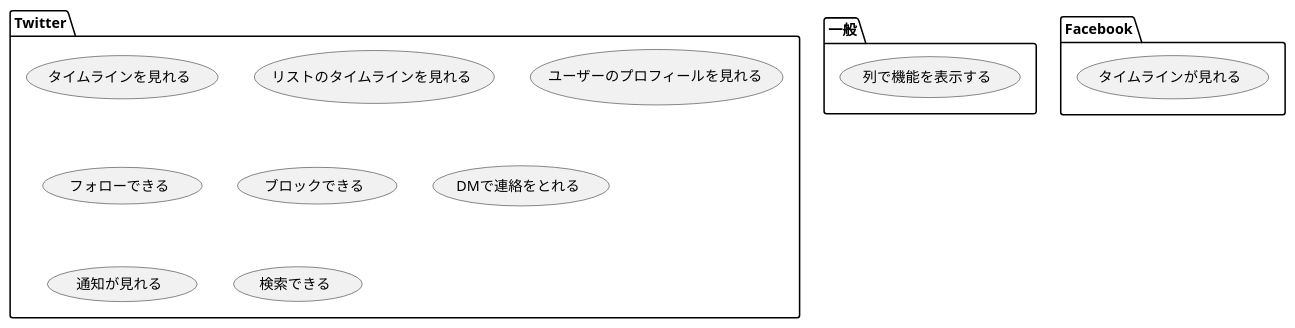
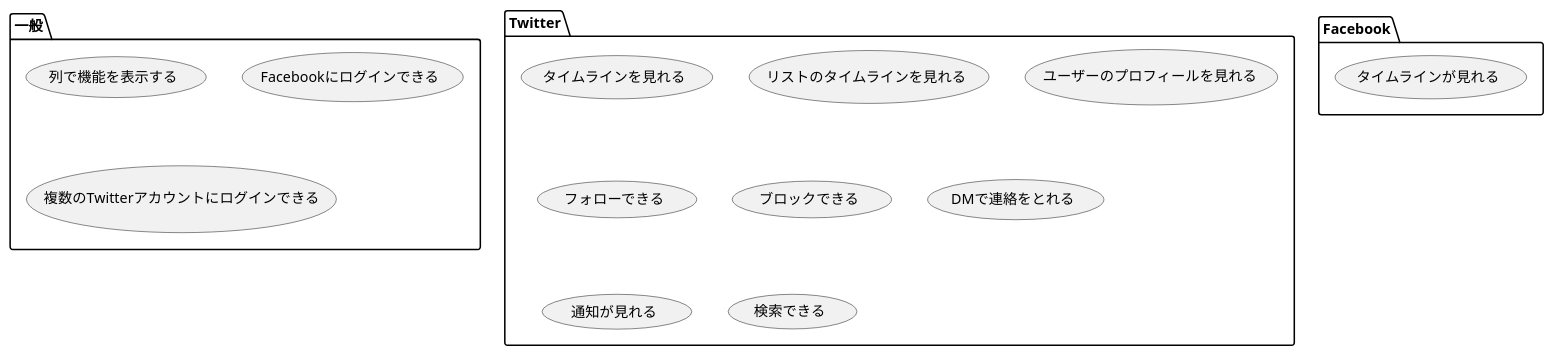
One commit to k42un0k0/k42un0k0snsdeck changed the diagram in doc/usecase-packages.pu. Above: the diagram before and after it, drawn with PlantUML. The commit also changed 13 other files, not shown here.

```diff
--- a/doc/usecase-packages.pu
+++ b/doc/usecase-packages.pu
@@ -1,27 +1,29 @@
 @startuml	ユースケースパッケージ
 
 package 一般 {
 	(列で機能を表示する)
+	(Facebookにログインできる)
+	(複数のTwitterアカウントにログインできる)
 }
 
 package Twitter {
 	(タイムラインを見れる)
 	(リストのタイムラインを見れる)
 	(ユーザーのプロフィールを見れる)
 	(フォローできる)
 	(ブロックできる)
 	(DMで連絡をとれる)
 	(通知が見れる)
 	(検索できる)
 	(フォローできる)
 }
 
 package Facebook {
 	(タイムラインが見れる)
 	(通知が見れる)
 	(検索できる)
 	(ユーザーのプロフィールを見れる)
 	(フォローできる)
 }
 
 @enduml
```
